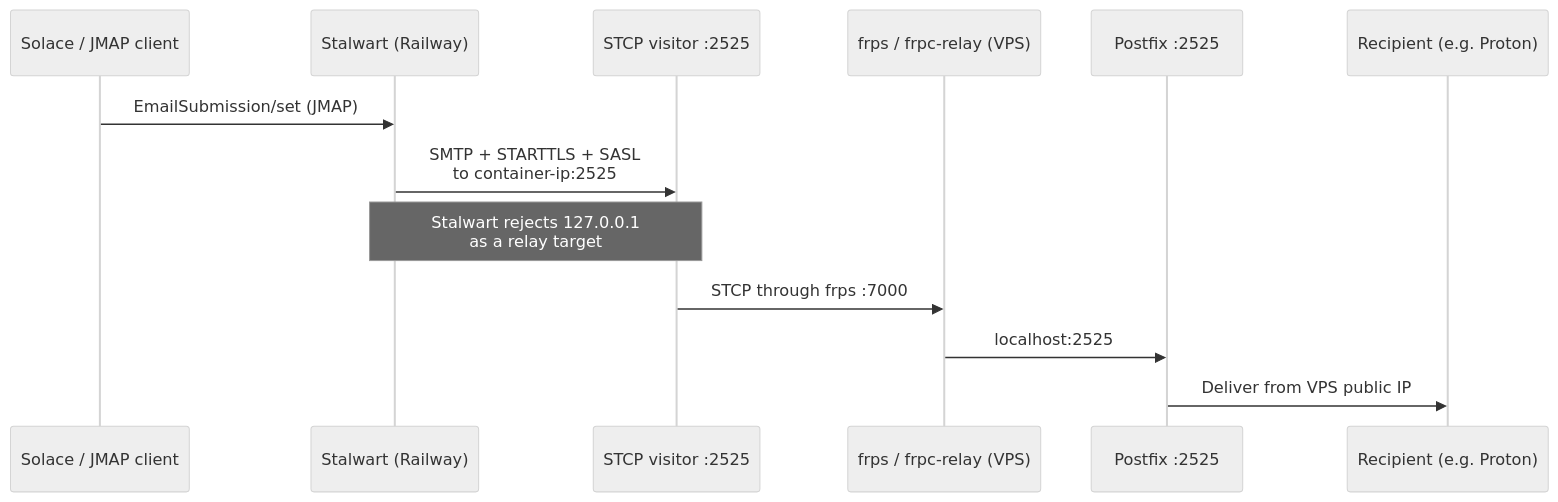
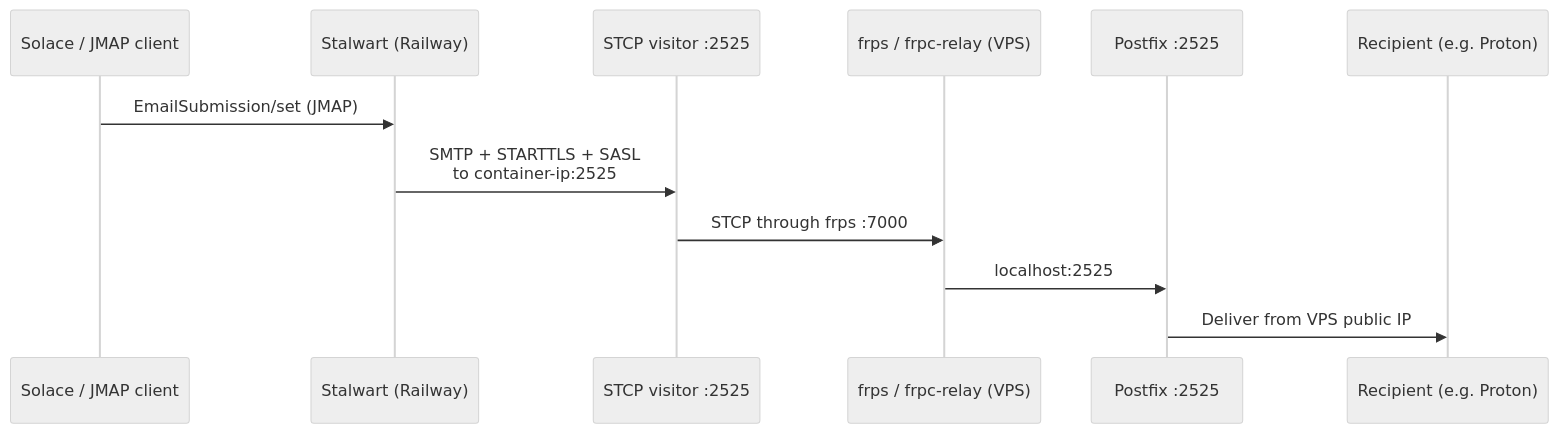
Before and after one commit to IIRoan/stalwart: the third of 4 diagrams in README.md, drawn with Mermaid (neutral theme). The commit also changed other lines of this file and 41 other files, not shown here.

````diff
--- a/README.md
+++ b/README.md
@@ -78,16 +105,15 @@
 ```mermaid
 sequenceDiagram
     participant App as Solace / JMAP client
     participant S as Stalwart (Railway)
     participant V as STCP visitor :2525
     participant F as frps / frpc-relay (VPS)
     participant P as Postfix :2525
     participant R as Recipient (e.g. Proton)
 
     App->>S: EmailSubmission/set (JMAP)
     S->>V: SMTP + STARTTLS + SASL<br/>to container-ip:2525
-    Note over S,V: Stalwart rejects 127.0.0.1<br/>as a relay target
     V->>F: STCP through frps :7000
     F->>P: localhost:2525
     P->>R: Deliver from VPS public IP
 ```
````
